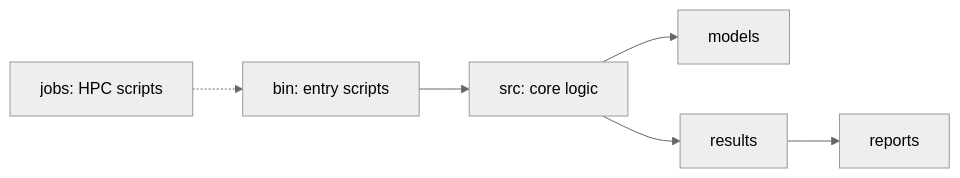
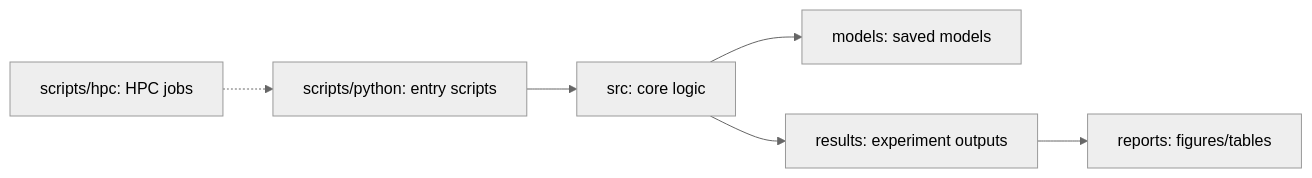
The first of 4 diagrams in docs/source/guide/architecture.md (YutaroNakagama/vehicle_based_DDD_comparison), drawn with Mermaid (neutral theme) before and after one commit. The commit also changed other lines of this file, not shown here.

Commit message:
[modify] architecture

`````diff
--- a/docs/source/guide/architecture.md
+++ b/docs/source/guide/architecture.md
@@ -60,8 +65,8 @@
 ```mermaid
 graph LR
-  bin[bin: entry scripts] --> src[src: core logic]
-  src --> models[models]
-  src --> results[results]
-  results --> reports[reports]
-  jobs[jobs: HPC scripts] -.-> bin
+  scripts_python[scripts/python: entry scripts] --> src[src: core logic]
+  src --> models[models: saved models]
+  src --> results[results: experiment outputs]
+  results --> reports[reports: figures/tables]
+  scripts_hpc[scripts/hpc: HPC jobs] -.-> scripts_python
 ````
`````
